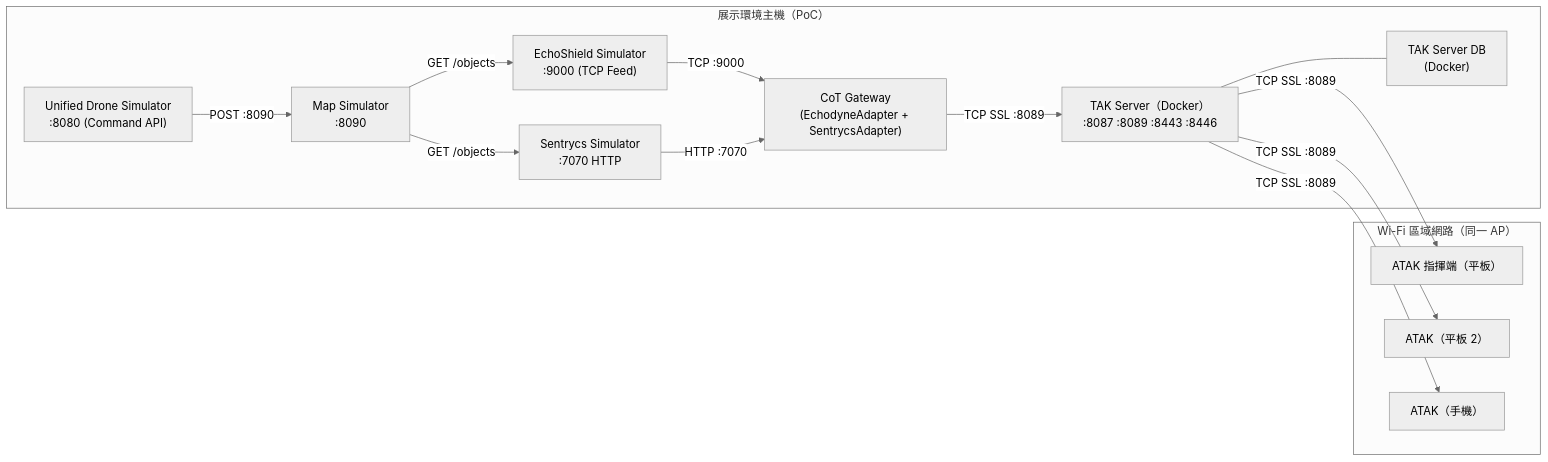
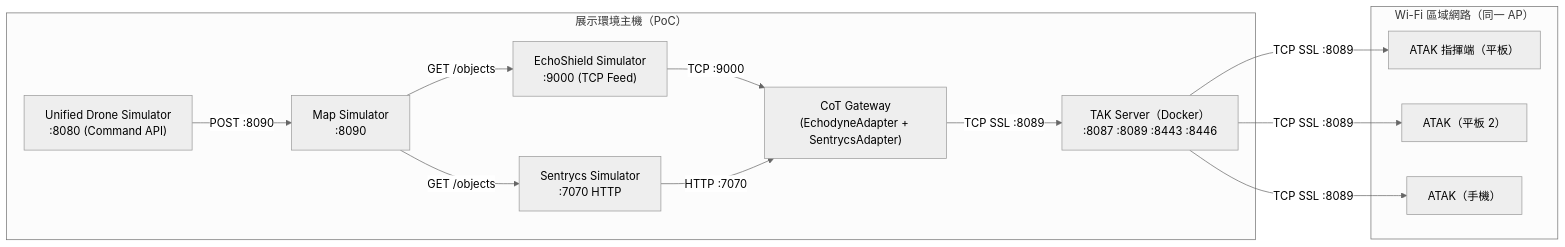
Before and after one commit to aplool-tw/cics-tak-demo: the fourth of 4 diagrams in docs/system-docs/01-system-architecture.md, drawn with Mermaid (neutral theme). The commit also changed other lines of this file, not shown here.

First line of the commit message:
docs(system-docs): remove TAK Server DB from architecture diagrams

````diff
--- a/docs/system-docs/01-system-architecture.md
+++ b/docs/system-docs/01-system-architecture.md
@@ -293,29 +291,27 @@
 ```mermaid
 flowchart LR
     subgraph MACBOOK["展示環境主機（PoC）"]
         UDS["Unified Drone Simulator\n:8080 (Command API)"]
         MS["Map Simulator\n:8090"]
         ES_SIM2["EchoShield Simulator\n:9000 (TCP Feed)"]
         SC["Sentrycs Simulator\n:7070 HTTP"]
         GW["CoT Gateway\n(EchodyneAdapter + SentrycsAdapter)"]
         TAKSVR["TAK Server（Docker）\n:8087 :8089 :8443 :8446"]
-        PSQL["TAK Server DB\n(Docker)"]
     end
 
     subgraph WIFI["Wi-Fi 區域網路（同一 AP）"]
         AT_C["ATAK 指揮端（平板）"]
         AT_T["ATAK（平板 2）"]
         AP["ATAK（手機）"]
     end
 
     UDS -->|"POST :8090"| MS
     MS -->|"GET /objects"| ES_SIM2
     MS -->|"GET /objects"| SC
     ES_SIM2 -->|"TCP :9000"| GW
     SC -->|"HTTP :7070"| GW
     GW -->|"TCP SSL :8089"| TAKSVR
-    TAKSVR --- PSQL
     TAKSVR -->|"TCP SSL :8089\n<HOST-LAN-IP>"| AT_C
     TAKSVR -->|"TCP SSL :8089\n<HOST-LAN-IP>"| AT_T
     TAKSVR -->|"TCP SSL :8089\n<HOST-LAN-IP>"| AP
 ```
````
